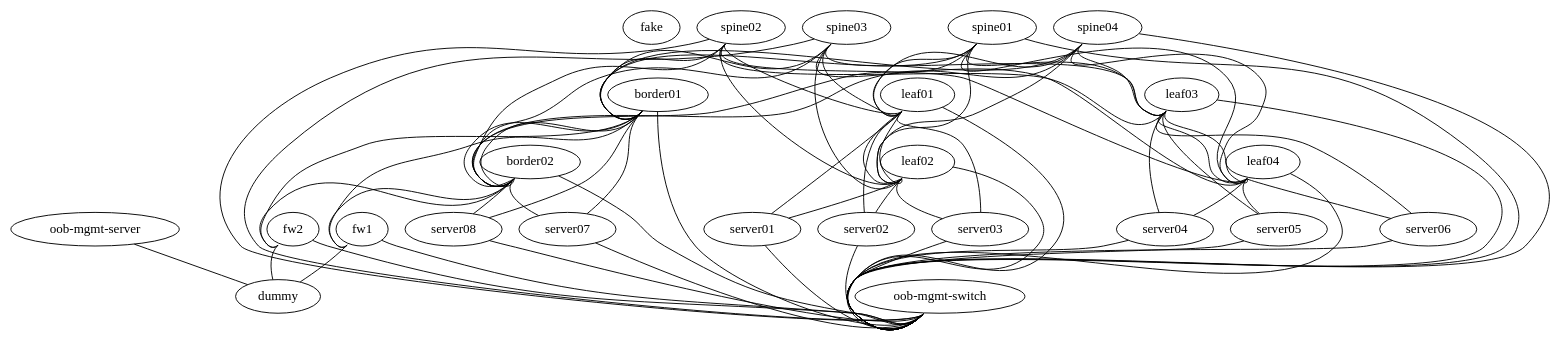
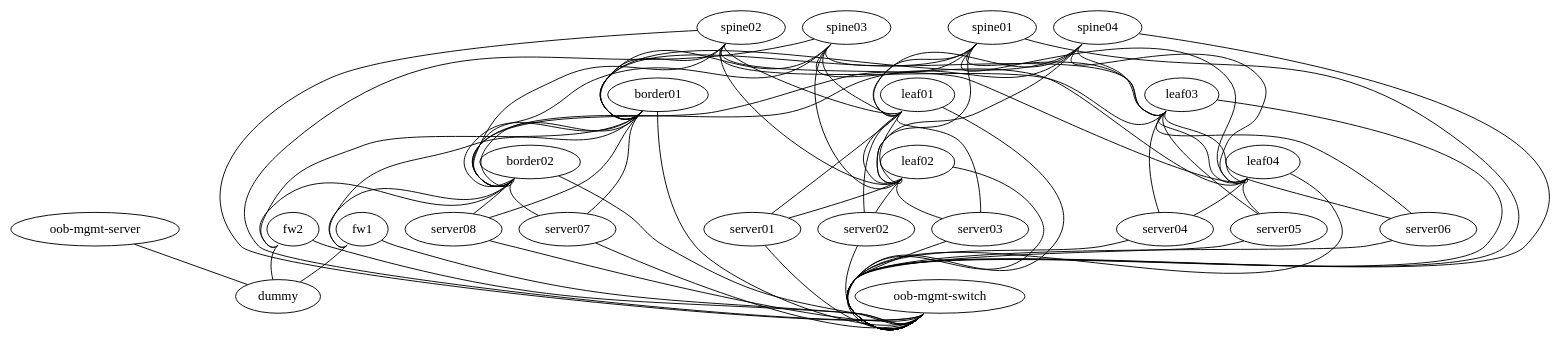
One commit to MheniMerz/smart-network-repository-infrastracture changed the diagram in topology.dot. Above: the diagram before and after it, drawn with Graphviz.

```diff
--- a/topology.dot
+++ b/topology.dot
@@ -1,114 +1,114 @@
 graph multiverse_network {
    
-   "fake" [function="fake"]
+   "dummy" [function="fake"]
    "oob-mgmt-server"  [function="oob-server" mgmt_ip="192.168.200.1" cpu="4" memory="2048"]
    "oob-mgmt-switch"  [function="oob-switch" mgmt_ip="192.168.200.251" ports="64"]
 
    "spine01" [function="spine"  os="sonic-202012-f6f4c7f4" mgmt_ip="192.168.200.21" ports="32"]
    "spine02" [function="spine"  os="sonic-202012-f6f4c7f4" mgmt_ip="192.168.200.22" ports="32"]
    "spine03" [function="spine"  os="sonic-202012-f6f4c7f4" mgmt_ip="192.168.200.23" ports="32"]
    "spine04" [function="spine"  os="sonic-202012-f6f4c7f4" mgmt_ip="192.168.200.24" ports="32"]
    
    "leaf01" [function="leaf"  os="sonic-202012-f6f4c7f4" mgmt_ip="192.168.200.41" ports="54"]
    "leaf02" [function="leaf"  os="sonic-202012-f6f4c7f4" mgmt_ip="192.168.200.42" ports="54"]
    "leaf03" [function="leaf"  os="sonic-202012-f6f4c7f4" mgmt_ip="192.168.200.43" ports="54"]
    "leaf04" [function="leaf"  os="sonic-202012-f6f4c7f4" mgmt_ip="192.168.200.44" ports="54"]
   
    "fw1" [function="leaf" os="sonic-202012-f6f4c7f4" mgmt_ip="192.168.200.11" ports="54"]
    "fw2" [function="leaf" os="sonic-202012-f6f4c7f4" mgmt_ip="192.168.200.12" ports="54"]
    "border01" [function="exit" os="sonic-202012-f6f4c7f4" mgmt_ip="192.168.200.31" ports="54"]
    "border02" [function="exit" os="sonic-202012-f6f4c7f4" mgmt_ip="192.168.200.32" ports="54"]
 
    "server01" [function="host" os="generic/ubuntu1804" mgmt_ip="192.168.200.81" nic_model="e1000" memory="1024"]
    "server02" [function="host" os="generic/ubuntu1804" mgmt_ip="192.168.200.82" nic_model="e1000" memory="1024"]
    "server03" [function="host" os="generic/ubuntu1804" mgmt_ip="192.168.200.83" nic_model="e1000" memory="1024"]
    "server04" [function="host" os="generic/ubuntu1804" mgmt_ip="192.168.200.84" nic_model="e1000" memory="1024"]
    "server05" [function="host" os="generic/ubuntu1804" mgmt_ip="192.168.200.85" nic_model="e1000" memory="1024"]
    "server06" [function="host" os="generic/ubuntu1804" mgmt_ip="192.168.200.86" nic_model="e1000" memory="1024"]
    "server07" [function="host" os="generic/ubuntu1804" mgmt_ip="192.168.200.87" nic_model="e1000" memory="1024"]
    "server08" [function="host" os="generic/ubuntu1804" mgmt_ip="192.168.200.88" nic_model="e1000" memory="1024"]
 
    "leaf01":"swp1" -- "server01":"eth1"
    "leaf01":"swp2" -- "server02":"eth1"
    "leaf01":"swp3" -- "server03":"eth1"
    "leaf02":"swp1" -- "server01":"eth2"
    "leaf02":"swp2" -- "server02":"eth2"
    "leaf02":"swp3" -- "server03":"eth2"
    "leaf03":"swp1" -- "server04":"eth1"
    "leaf03":"swp2" -- "server05":"eth1"
    "leaf03":"swp3" -- "server06":"eth1"
    "leaf04":"swp1" -- "server04":"eth2"
    "leaf04":"swp2" -- "server05":"eth2"
    "leaf04":"swp3" -- "server06":"eth2"
 
    "leaf01":"swp49" -- "leaf02":"swp49"
    "leaf01":"swp50" -- "leaf02":"swp50"
    "leaf03":"swp49" -- "leaf04":"swp49"
    "leaf03":"swp50" -- "leaf04":"swp50"
    "border01":"swp49" -- "border02":"swp49"
    "border01":"swp50" -- "border02":"swp50"
 
    "spine01":"swp1" -- "leaf01":"swp51"
    "spine02":"swp1" -- "leaf01":"swp52"
    "spine03":"swp1" -- "leaf01":"swp53"
    "spine04":"swp1" -- "leaf01":"swp54"
    "spine01":"swp2" -- "leaf02":"swp51"
    "spine02":"swp2" -- "leaf02":"swp52"
    "spine03":"swp2" -- "leaf02":"swp53"
    "spine04":"swp2" -- "leaf02":"swp54"
    "spine01":"swp3" -- "leaf03":"swp51"
    "spine02":"swp3" -- "leaf03":"swp52"
    "spine03":"swp3" -- "leaf03":"swp53"
    "spine04":"swp3" -- "leaf03":"swp54"
    "spine01":"swp4" -- "leaf04":"swp51"
    "spine02":"swp4" -- "leaf04":"swp52"
    "spine03":"swp4" -- "leaf04":"swp53"
    "spine04":"swp4" -- "leaf04":"swp54"
    "spine01":"swp5" -- "border01":"swp51"
    "spine02":"swp5" -- "border01":"swp52"
    "spine03":"swp5" -- "border01":"swp53"
    "spine04":"swp5" -- "border01":"swp54"
    "spine01":"swp6" -- "border02":"swp51"
    "spine02":"swp6" -- "border02":"swp52"
    "spine03":"swp6" -- "border02":"swp53"
    "spine04":"swp6" -- "border02":"swp54"
 
    "border01":"swp1" -- "server07":"eth1"
    "border01":"swp2" -- "server08":"eth1"
    "border01":"swp3" -- "fw1":"swp1"
    "border01":"swp4" -- "fw2":"swp1"
    "border02":"swp1" -- "server07":"eth2"
    "border02":"swp2" -- "server08":"eth2"
    "border02":"swp3" -- "fw1":"swp2"
    "border02":"swp4" -- "fw2":"swp2"
 
    "oob-mgmt-server":"eth0" -- "dummy":"outbound"
    "fw1":"swp49" -- "dummy":"outbound-fw1"
    "fw2":"swp49" -- "dummy":"outbound-fw2"
 
    
    "spine01":"eth0" -- "oob-mgmt-switch":"swp2" [left_mac="44:38:50:22:01:01"]
    "spine02":"eth0" -- "oob-mgmt-switch":"swp3" [left_mac="44:38:50:22:01:02"]
    "spine03":"eth0" -- "oob-mgmt-switch":"swp4" [left_mac="44:38:50:22:01:03"]
    "spine04":"eth0" -- "oob-mgmt-switch":"swp5" [left_mac="44:38:50:22:01:04"]
   
    "fw1":"eth0" -- "oob-mgmt-switch":"swp6" [left_mac="44:38:39:00:01:8c"]
    "fw2":"eth0" -- "oob-mgmt-switch":"swp7" [left_mac="44:38:39:00:01:8e"]
    
    "border01":"eth0" -- "oob-mgmt-switch":"swp8" [left_mac="44:38:39:00:01:74"]
    "border02":"eth0" -- "oob-mgmt-switch":"swp9" [left_mac="44:38:39:00:01:7c"]
 
    "leaf01":"eth0" -- "oob-mgmt-switch":"swp11" [left_mac="44:38:40:22:01:01"]
    "leaf02":"eth0" -- "oob-mgmt-switch":"swp12" [left_mac="44:38:40:22:01:02"]
    "leaf03":"eth0" -- "oob-mgmt-switch":"swp13" [left_mac="44:38:40:22:01:03"]
    "leaf04":"eth0" -- "oob-mgmt-switch":"swp14" [left_mac="44:38:40:22:01:04"]
 
    "server01":"eth0" -- "oob-mgmt-switch":"swp21" [left_mac="44:38:30:22:01:01"]
    "server02":"eth0" -- "oob-mgmt-switch":"swp22" [left_mac="44:38:30:22:01:02"]
    "server03":"eth0" -- "oob-mgmt-switch":"swp23" [left_mac="44:38:30:22:01:03"]
    "server04":"eth0" -- "oob-mgmt-switch":"swp24" [left_mac="44:38:30:22:01:04"]
    "server05":"eth0" -- "oob-mgmt-switch":"swp25" [left_mac="44:38:30:22:01:05"]
    "server06":"eth0" -- "oob-mgmt-switch":"swp26" [left_mac="44:38:30:22:01:06"]
    "server07":"eth0" -- "oob-mgmt-switch":"swp27" [left_mac="44:38:30:22:01:07"]
    "server08":"eth0" -- "oob-mgmt-switch":"swp28" [left_mac="44:38:30:22:01:08"]
 }
```
